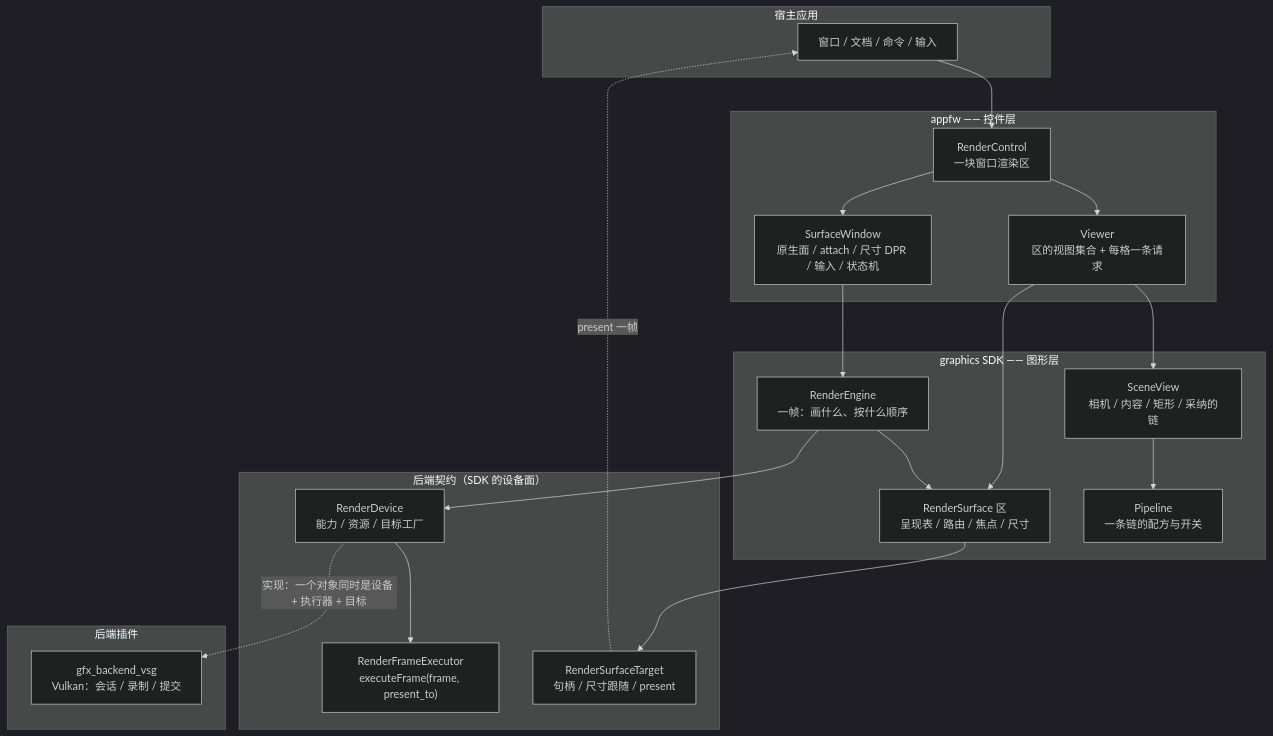
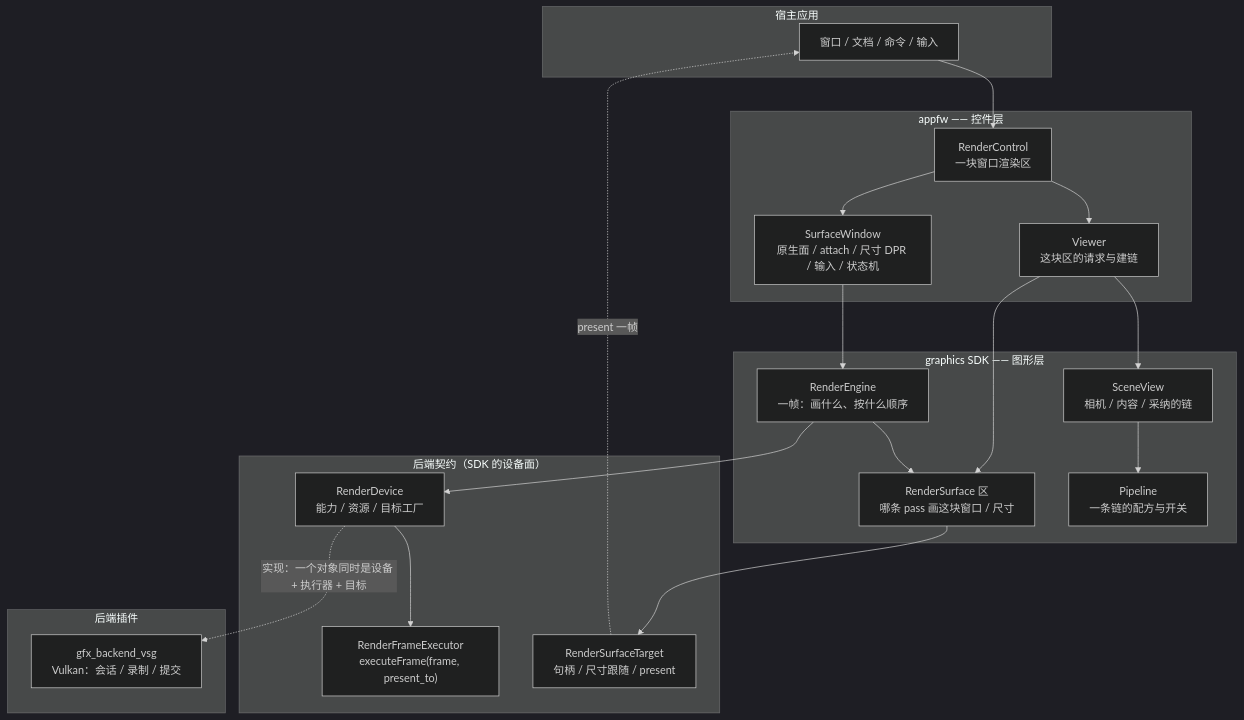
Before and after one commit to lonelyong/Vine: the first of 2 diagrams in docs/guides/render-views.md, drawn with Mermaid (dark theme). The commit also changed other lines of this file and 23 other files, not shown here.

````diff
--- a/docs/guides/render-views.md
+++ b/docs/guides/render-views.md
@@ -25,43 +29,43 @@
 ```mermaid
 graph TB
     subgraph app["宿主应用"]
         HOST["窗口 / 文档 / 命令 / 输入"]
     end
 
     subgraph fw["appfw —— 控件层"]
         RC["RenderControl<br/>一块窗口渲染区"]
         SW["SurfaceWindow<br/>原生面 / attach / 尺寸 DPR / 输入 / 状态机"]
-        VW["Viewer<br/>区的视图集合 + 每格一条请求"]
+        VW["Viewer<br/>这块区的请求与建链"]
     end
 
     subgraph gfx["graphics SDK —— 图形层"]
         ENG["RenderEngine<br/>一帧：画什么、按什么顺序"]
-        VIEW["SceneView<br/>相机 / 内容 / 矩形 / 采纳的链"]
-        AREA["RenderSurface 区<br/>呈现表 / 路由 / 焦点 / 尺寸"]
+        VIEW["SceneView<br/>相机 / 内容 / 采纳的链"]
+        AREA["RenderSurface 区<br/>哪条 pass 画这块窗口 / 尺寸"]
         PIPE["Pipeline<br/>一条链的配方与开关"]
     end
 
     subgraph contract["后端契约（SDK 的设备面）"]
         DEV["RenderDevice<br/>能力 / 资源 / 目标工厂"]
         EXE["RenderFrameExecutor<br/>executeFrame(frame, present_to)"]
         TGT["RenderSurfaceTarget<br/>句柄 / 尺寸跟随 / present"]
     end
 
     subgraph plugin["后端插件"]
         VSG["gfx_backend_vsg<br/>Vulkan：会话 / 录制 / 提交"]
     end
 
     HOST --> RC
     RC --> SW
     RC --> VW
     SW --> ENG
     VW --> VIEW
     VIEW --> PIPE
     VW --> AREA
     ENG --> AREA
     ENG --> DEV
     DEV --> EXE
     DEV -.->|实现：一个对象同时是设备 + 执行器 + 目标| VSG
     AREA --> TGT
     TGT -.->|present 一帧| HOST
 ```
````
